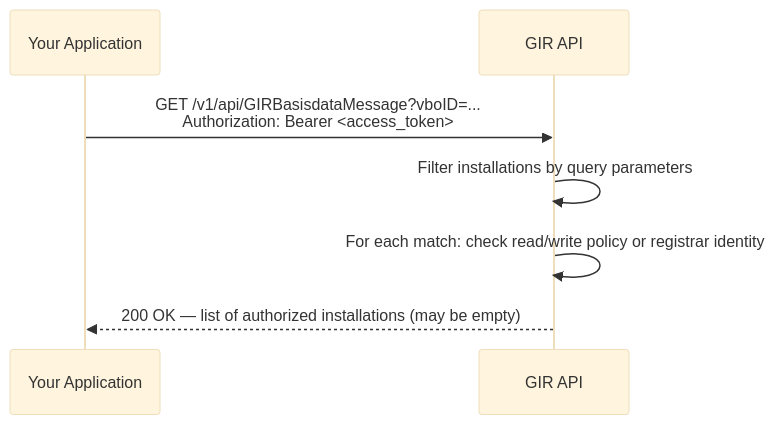
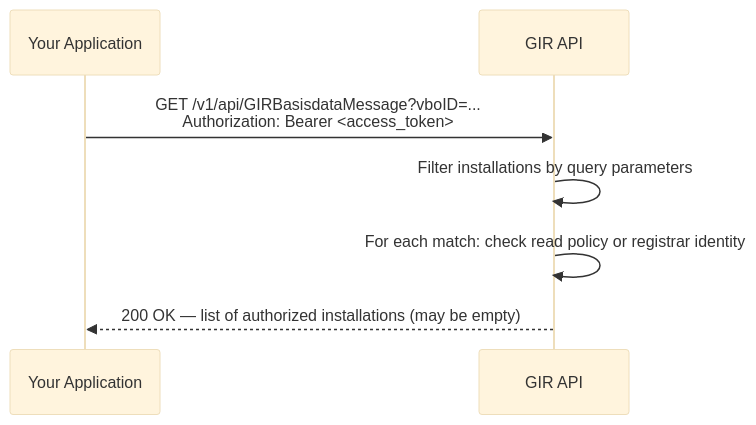
The diagram in gir/retrieve-installations.md (POORT8/Poort8.Docs), drawn with Mermaid (base theme) before and after one commit. The commit also changed other lines of this file and 2 other files, not shown here.

Commit message:
Deploy gir docs: c92c508a2838edbe907672a892a24f585964821e

````diff
--- a/gir/retrieve-installations.md
+++ b/gir/retrieve-installations.md
@@ -16,10 +16,10 @@
 ```mermaid
 sequenceDiagram
     participant App as Your Application
     participant GIR as GIR API
 
     App->>GIR: GET /v1/api/GIRBasisdataMessage?vboID=...<br/>Authorization: Bearer <access_token>
     GIR->>GIR: Filter installations by query parameters
-    GIR->>GIR: For each match: check read/write policy or registrar identity
+    GIR->>GIR: For each match: check read policy or registrar identity
     GIR-->>App: 200 OK — list of authorized installations (may be empty)
 ```
````
